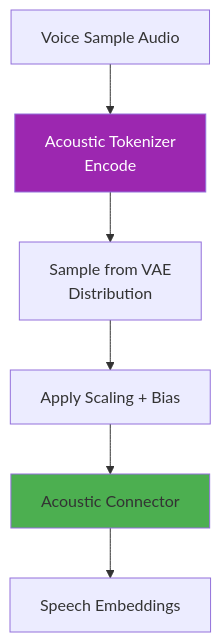
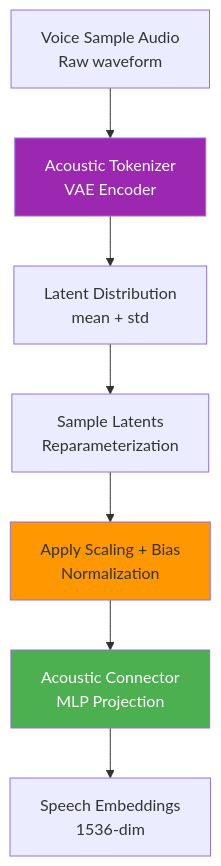
Before and after one commit to zhao-kun/vibevoice: diagram 12 of 19 in docs/vibevoice_inference_architecture.md, drawn with Mermaid. The commit also changed other lines of this file, not shown here.

Commit message:
Complement speech input process details

````diff
--- a/docs/vibevoice_inference_architecture.md
+++ b/docs/vibevoice_inference_architecture.md
@@ -809,11 +809,13 @@
 ```mermaid
-flowchart TD 
-    A[Voice Sample Audio] --> B[Acoustic Tokenizer<br/>Encode]
-    B --> C[Sample from VAE<br/>Distribution]
-    C --> D[Apply Scaling + Bias]
-    D --> E[Acoustic Connector]
-    E --> F[Speech Embeddings]
+flowchart TD
+    A[Voice Sample Audio<br/>Raw waveform] --> B[Acoustic Tokenizer<br/>VAE Encoder]
+    B --> C[Latent Distribution<br/>mean + std]
+    C --> D[Sample Latents<br/>Reparameterization]
+    D --> E[Apply Scaling + Bias<br/>Normalization]
+    E --> F[Acoustic Connector<br/>MLP Projection]
+    F --> G[Speech Embeddings<br/>1536-dim]
 
     style B fill:#9c27b0,color:#FFFFFF
-    style E fill:#4caf50
+    style E fill:#ff9800
+    style F fill:#4caf50,color:#FFFFFF
 ```
````
